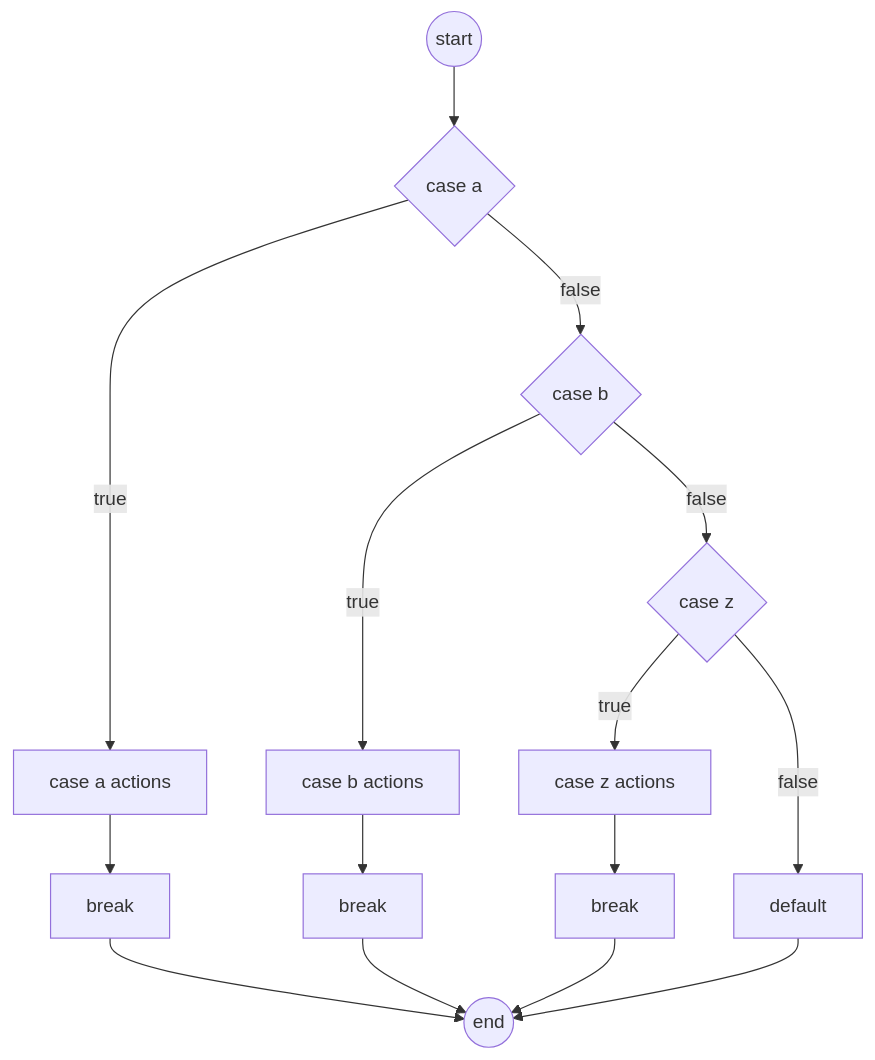
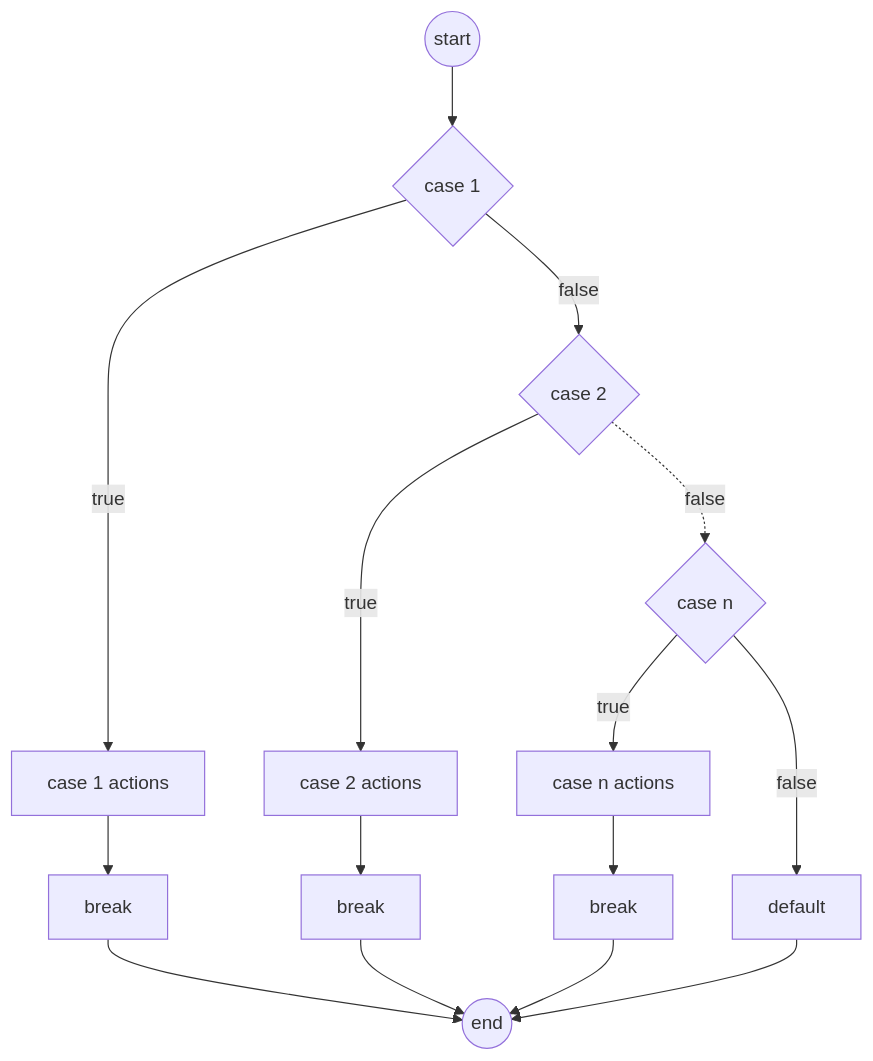
One commit to ufidon/c changed the diagram in mod3/procontrol.md. Above: the diagram before and after it, drawn with Mermaid.

Commit message:
generalized switch statement flowchart

````diff
--- a/mod3/procontrol.md
+++ b/mod3/procontrol.md
@@ -240,21 +240,21 @@
 ```mermaid
 flowchart TD
-  s((start)) --> ca{case a}
-  ca -->|true| caa[case a actions]
+  s((start)) --> ca{case 1}
+  ca -->|true| caa[case 1 actions]
   caa -->ba[break]
   ba-->e
-  cb{case b}
+  cb{case 2}
   ca -->|false| cb
-  cb -->|true| cbb[case b actions]
+  cb -->|true| cbb[case 2 actions]
   cbb -->bb[break]
   bb-->e
-  cz{case z}
-  cb -->|false| cz
+  cz{case n}
+  cb -.->|false| cz
   d[default]
   cz -->|false|d
-  cz -->|true| za[case z actions]
+  cz -->|true| za[case n actions]
   za-->bz[break]
   bz-->e
   e((end))
   d-->e
 ```
````
